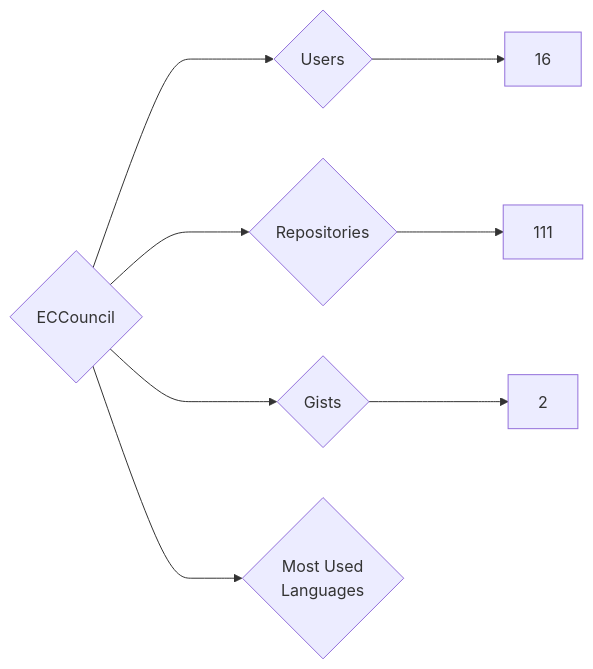
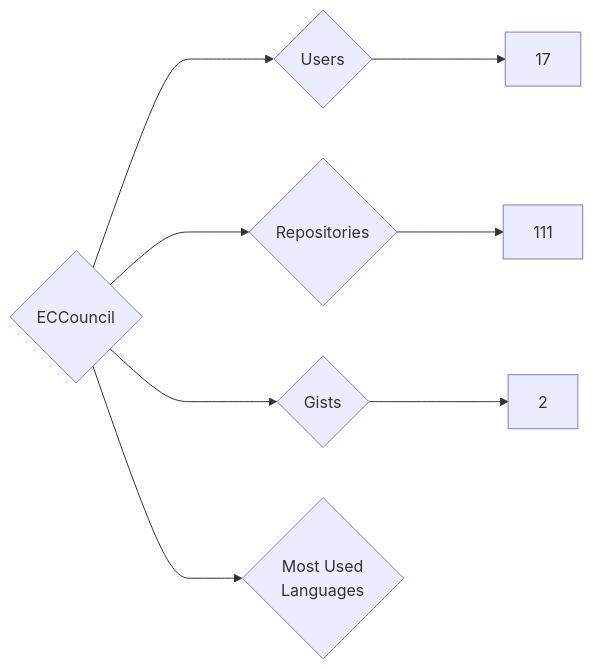
The diagram in targets/ECCouncil/README.md (nenadzaric/insiders), drawn with Mermaid before and after one commit. The commit also changed 1342 other files, not shown here.

````diff
--- a/targets/ECCouncil/README.md
+++ b/targets/ECCouncil/README.md
@@ -3,8 +3,8 @@
 ```mermaid
 graph LR
 COMPANY_NAME{ECCouncil}
-COMPANY_NAME ---> U{Users} ---> UN[16]
+COMPANY_NAME ---> U{Users} ---> UN[17]
 COMPANY_NAME ---> R{Repositories} ---> RN[111]
 COMPANY_NAME ---> G{Gists} ---> GN[2]
 COMPANY_NAME ---> ML{Most Used<br>Languages}
 ```
````
